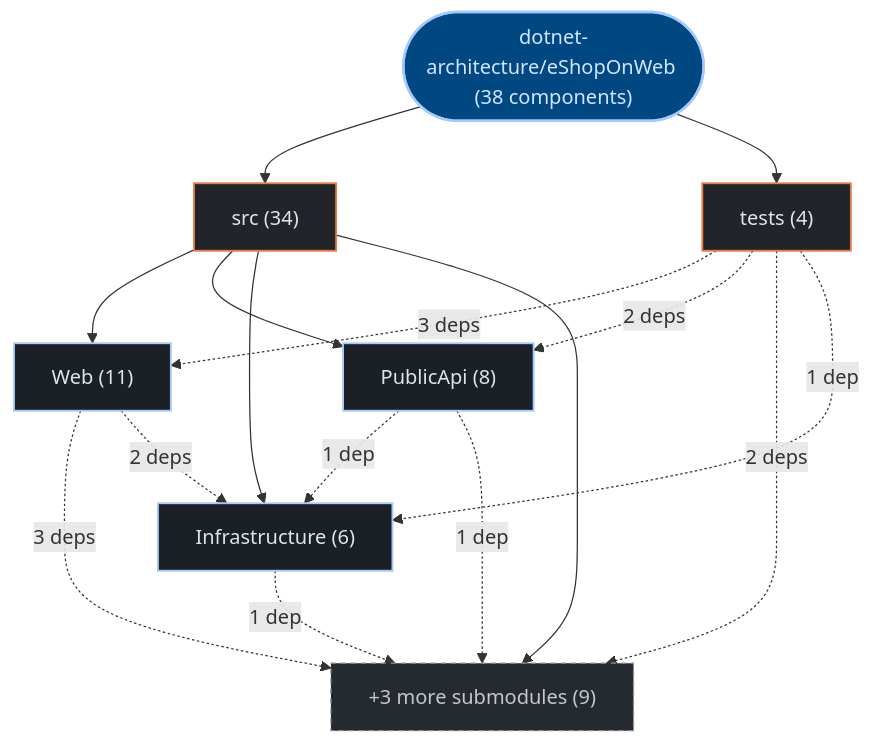
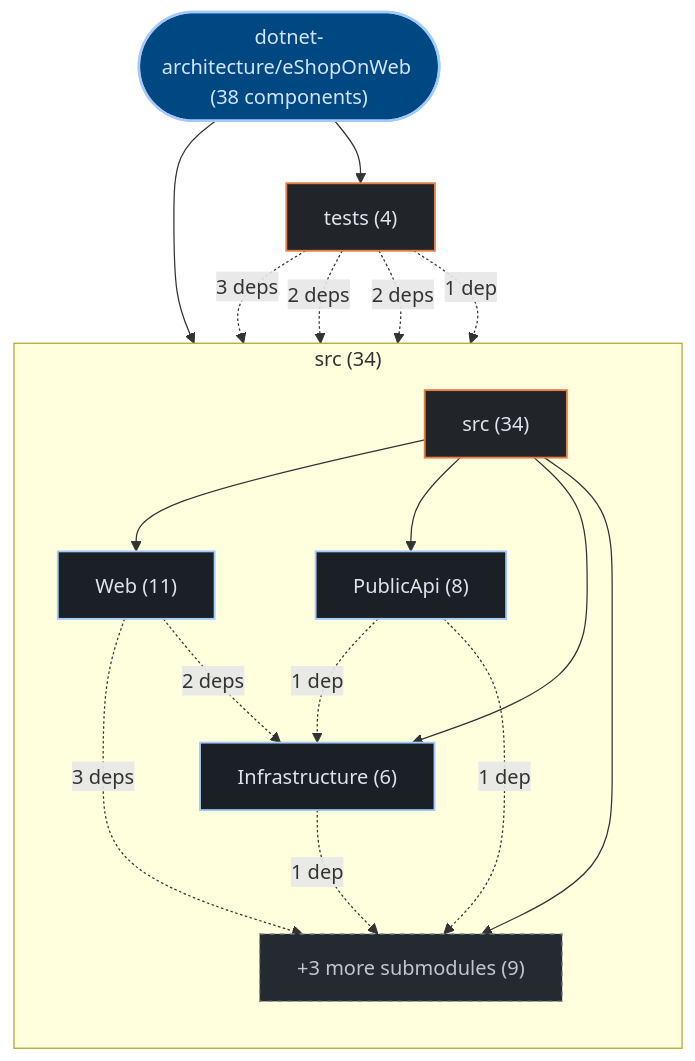
The first of 3 diagrams in exports/latest/reports/dotnet-architecture-eShopOnWeb-report.md (kumarshaz/atruss-code-atlas), drawn with Mermaid before and after one commit. The commit also changed 178 other files, not shown here.

Commit message:
feat(ui,mermaid): upgrade to mermaid v12 + ELK layout, add orgs-summary + pagination, subgraph building blocks, fix tab alignment

````diff
--- a/exports/latest/reports/dotnet-architecture-eShopOnWeb-report.md
+++ b/exports/latest/reports/dotnet-architecture-eShopOnWeb-report.md
@@ -42,32 +42,35 @@
 ```mermaid
 graph TD;
   classDef atlasRoot fill:#004882,stroke:#a3c9ff,stroke-width:2px,color:#d3e4ff
   classDef atlasCategory fill:#212428,stroke:#E87A48,stroke-width:1.5px,color:#dfe3eb
   classDef atlasWorkflow fill:#1b2026,stroke:#a3c9ff,stroke-width:1.5px,color:#dfe3eb
   classDef atlasJob fill:#171c22,stroke:#8d9199,stroke-width:1px,color:#dfe3eb
   classDef atlasTarget fill:#005227,stroke:#8bd99b,stroke-width:1.5px,color:#a7f6b6
   classDef atlasAlert fill:#93000a,stroke:#ffb4ab,stroke-width:1.5px,color:#ffdad6
   classDef atlasMore fill:#252a31,stroke:#8d9199,stroke-dasharray:4 4,color:#c3c6cf
     repo_root(["dotnet-architecture/eShopOnWeb (38 components)"]):::atlasRoot
-    dir_0_src["src (34)"]:::atlasCategory
+    subgraph sg_dir_0_src["src (34)"]
+      direction TB
+      dir_0_src["src (34)"]:::atlasCategory
+      sub_0_0_Web["Web (11)"]:::atlasWorkflow
+      dir_0_src --> sub_0_0_Web
+      sub_0_1_PublicApi["PublicApi (8)"]:::atlasWorkflow
+      dir_0_src --> sub_0_1_PublicApi
+      sub_0_2_Infrastructure["Infrastructure (6)"]:::atlasWorkflow
+      dir_0_src --> sub_0_2_Infrastructure
+      sub_0_more["+3 more submodules (9)"]:::atlasMore
+      dir_0_src --> sub_0_more
+    end
     repo_root --> dir_0_src
-    sub_0_0_Web["Web (11)"]:::atlasWorkflow
-    dir_0_src --> sub_0_0_Web
-    sub_0_1_PublicApi["PublicApi (8)"]:::atlasWorkflow
-    dir_0_src --> sub_0_1_PublicApi
-    sub_0_2_Infrastructure["Infrastructure (6)"]:::atlasWorkflow
-    dir_0_src --> sub_0_2_Infrastructure
-    sub_0_more["+3 more submodules (9)"]:::atlasMore
-    dir_0_src --> sub_0_more
     dir_1_tests["tests (4)"]:::atlasCategory
     repo_root --> dir_1_tests
     dir_1_tests -.->|"3 deps"| sub_0_0_Web
     sub_0_0_Web -.->|"3 deps"| sub_0_more
     dir_1_tests -.->|"2 deps"| sub_0_1_PublicApi
     dir_1_tests -.->|"2 deps"| sub_0_more
     sub_0_0_Web -.->|"2 deps"| sub_0_2_Infrastructure
     dir_1_tests -.->|"1 dep"| sub_0_2_Infrastructure
     sub_0_1_PublicApi -.->|"1 dep"| sub_0_2_Infrastructure
     sub_0_1_PublicApi -.->|"1 dep"| sub_0_more
     sub_0_2_Infrastructure -.->|"1 dep"| sub_0_more
 ```
````
